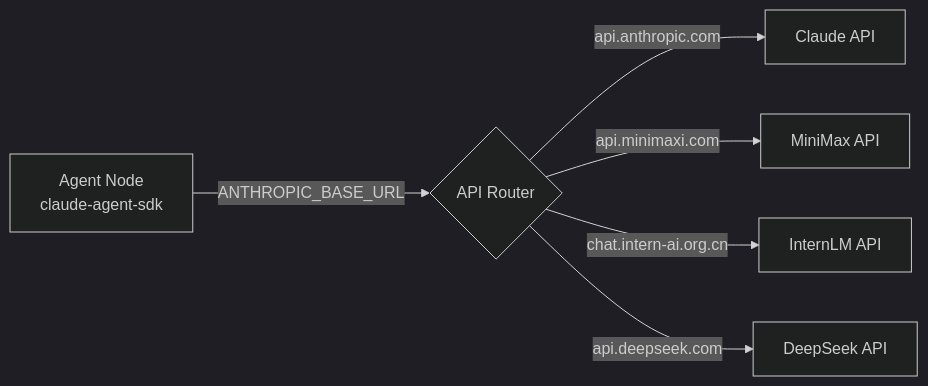
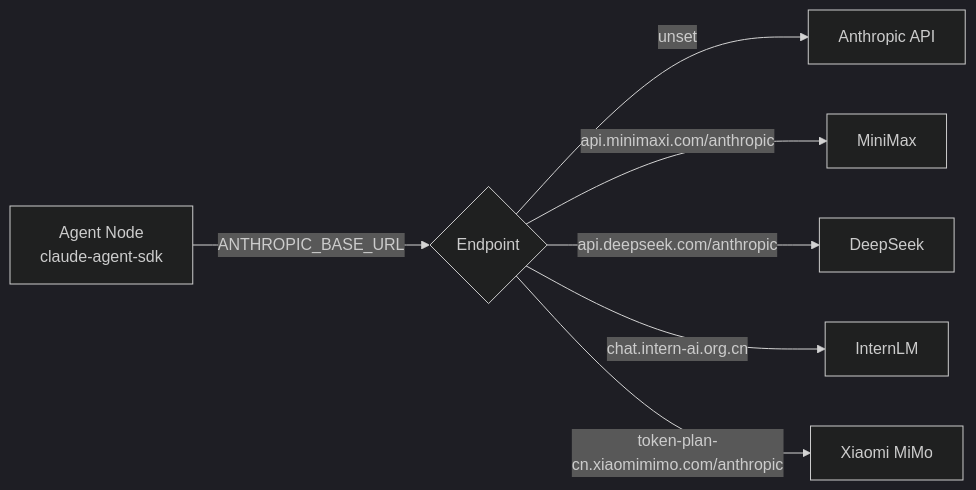
Before and after one commit to sleep2agi/agent-network: the diagram in docs-site/docs/en/guide/multi-model.md, drawn with Mermaid (dark theme). The commit also changed other lines of this file and 37 other files, not shown here.

````diff
--- a/docs-site/docs/en/guide/multi-model.md
+++ b/docs-site/docs/en/guide/multi-model.md
@@ -152,8 +138,9 @@
 ```mermaid
 graph LR
-    AN[Agent Node<br/>claude-agent-sdk] -->|ANTHROPIC_BASE_URL| API{API Router}
-    API -->|api.anthropic.com| Claude[Claude API]
-    API -->|api.minimaxi.com| MM[MiniMax API]
-    API -->|chat.intern-ai.org.cn| IS[InternLM API]
-    API -->|api.deepseek.com| DS[DeepSeek API]
+    AN[Agent Node<br/>claude-agent-sdk] -->|ANTHROPIC_BASE_URL| API{Endpoint}
+    API -->|unset| Claude[Anthropic API]
+    API -->|api.minimaxi.com/anthropic| MM[MiniMax]
+    API -->|api.deepseek.com/anthropic| DS[DeepSeek]
+    API -->|chat.intern-ai.org.cn| IS[InternLM]
+    API -->|token-plan-cn.xiaomimimo.com/anthropic| MI[Xiaomi MiMo]
 ```
````
